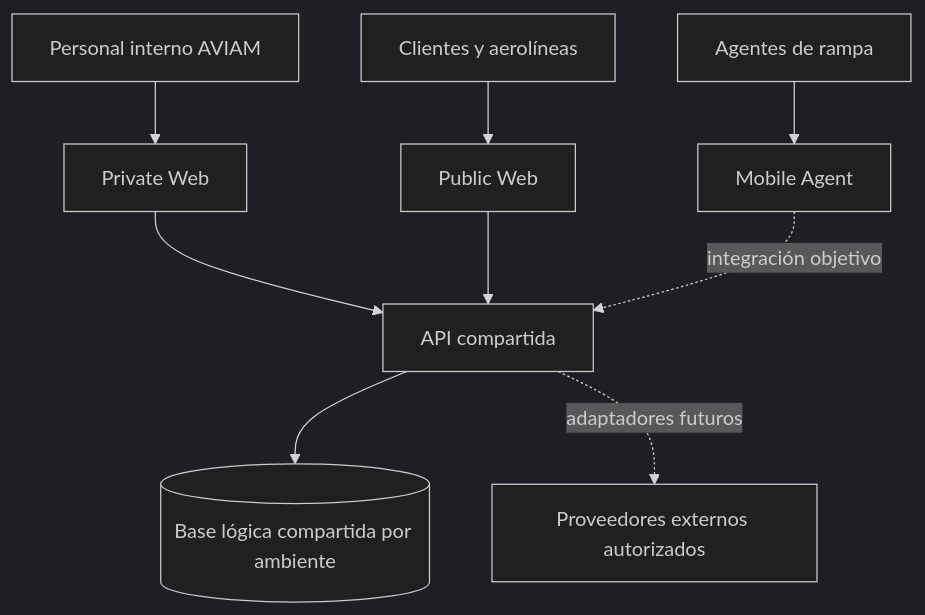
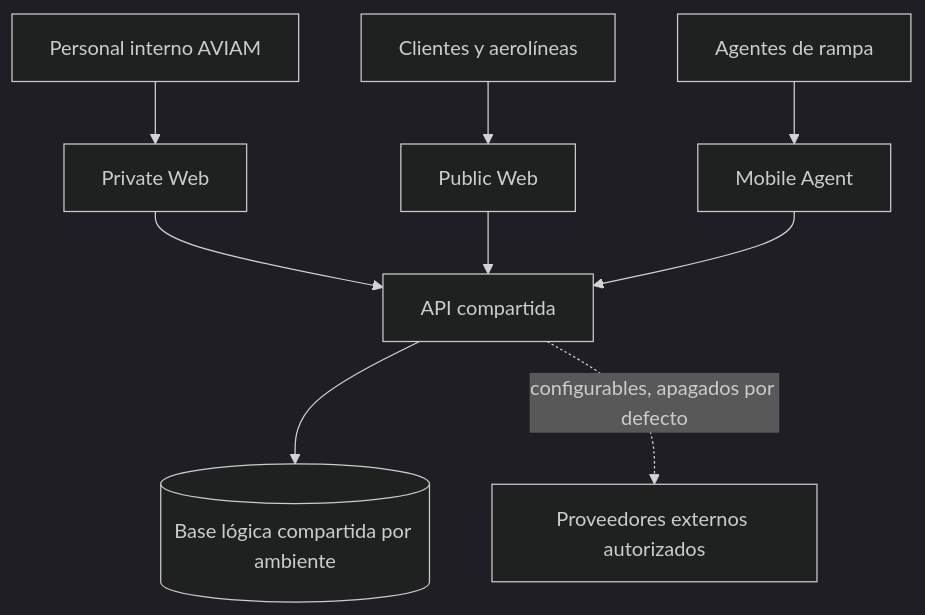
The second of 2 diagrams in Vault/00-inicio/home.md (ErickEduardo027/ELEVANT), drawn with Mermaid (dark theme) before and after one commit. The commit also changed other lines of this file and 51 other files, not shown here.

````diff
--- a/Vault/00-inicio/home.md
+++ b/Vault/00-inicio/home.md
@@ -108,21 +108,21 @@
 ```mermaid
 flowchart TB
     U1[Personal interno AVIAM]
     U2[Clientes y aerolíneas]
     U3[Agentes de rampa]
     W1[Private Web]
     W2[Public Web]
     M[Mobile Agent]
     API[API compartida]
     DB[(Base lógica compartida por ambiente)]
     EXT[Proveedores externos autorizados]
 
     U1 --> W1
     U2 --> W2
     U3 --> M
     W1 --> API
     W2 --> API
-    M -.->|integración objetivo| API
+    M --> API
     API --> DB
-    API -.->|adaptadores futuros| EXT
+    API -.->|configurables, apagados por defecto| EXT
 ```
````
